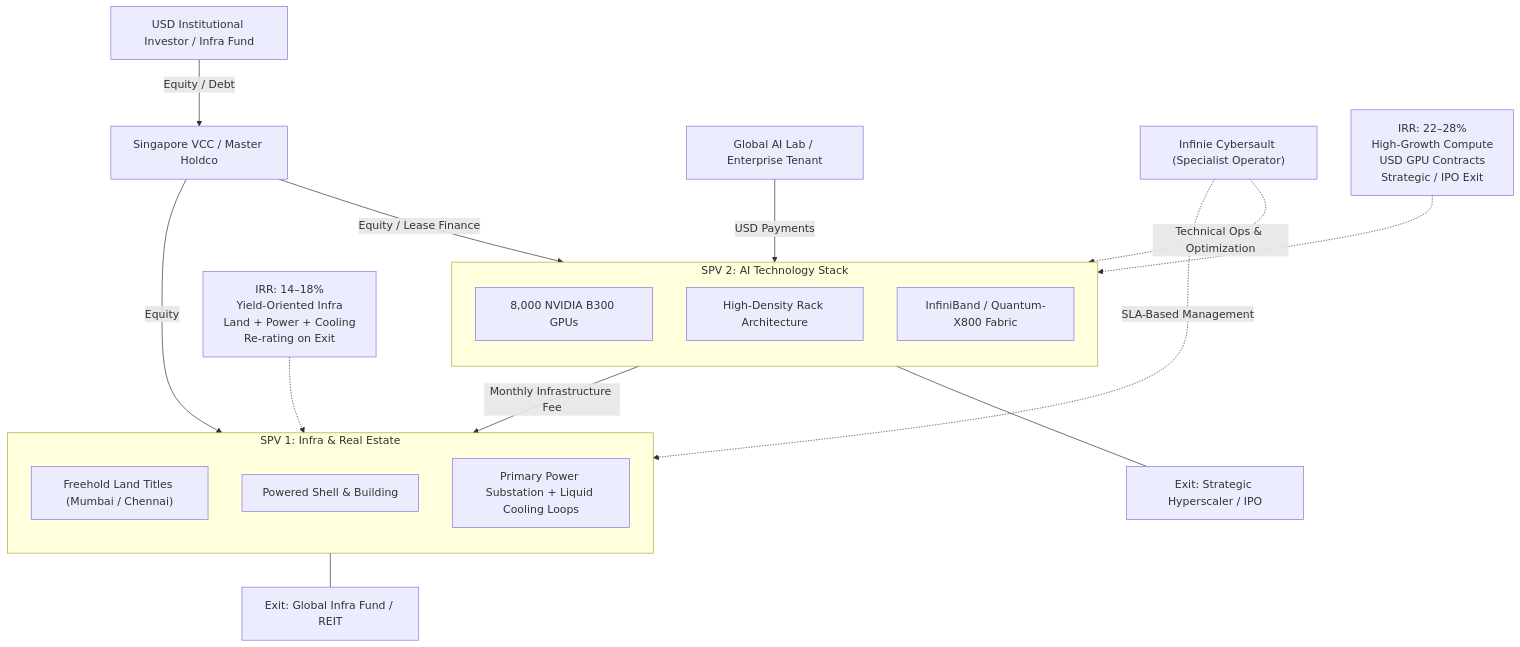
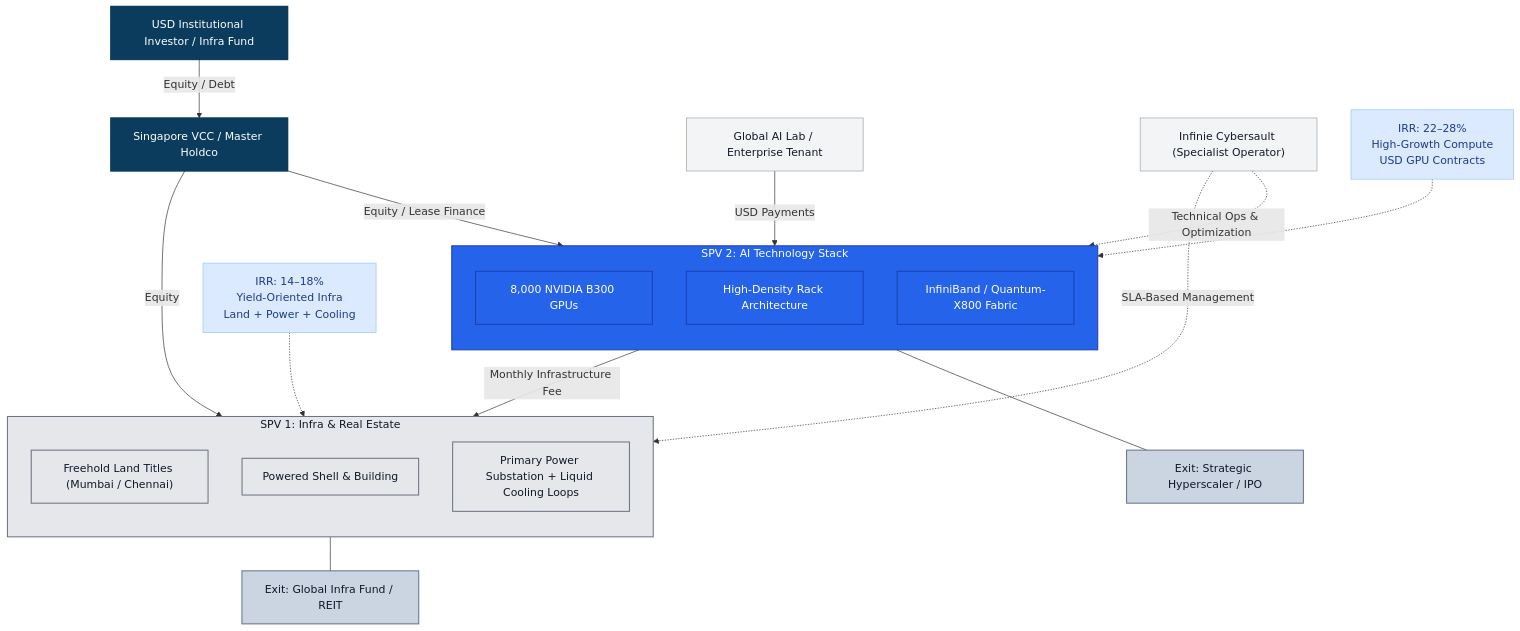
Before and after one commit to Handpant/ai-dc-architecture: the diagram in README.md, drawn with Mermaid.

Commit message:
Update README with additional graph elements and styling

````diff
--- a/README.md
+++ b/README.md
@@ -1,54 +1,72 @@
 ```mermaid
 graph TD
 
 %% Capital Source
 Investor[USD Institutional Investor / Infra Fund]
-Investor -->|Equity / Debt| VCC[Singapore VCC / Master Holdco]
+VCC[Singapore VCC / Master Holdco]
+
+Investor -->|Equity / Debt| VCC
 
 %% SPV 1: Infra & Real Estate
 subgraph SPV_1 [SPV 1: Infra & Real Estate]
     direction TB
     Land["Freehold Land Titles (Mumbai / Chennai)"]
     Shell["Powered Shell & Building"]
     Utility["Primary Power Substation + Liquid Cooling Loops"]
 end
 
 VCC -->|Equity| SPV_1
 
 %% SPV 2: AI Technology Stack
 subgraph SPV_2 [SPV 2: AI Technology Stack]
     direction TB
     GPUs["8,000 NVIDIA B300 GPUs"]
     Servers["High-Density Rack Architecture"]
     Networking["InfiniBand / Quantum-X800 Fabric"]
 end
 
 VCC -->|Equity / Lease Finance| SPV_2
 
 %% Operating Flows
 Tenant["Global AI Lab / Enterprise Tenant"]
 Tenant -->|USD Payments| SPV_2
 SPV_2 -->|Monthly Infrastructure Fee| SPV_1
 
 %% Operator
 Operator["Infinie Cybersault (Specialist Operator)"]
 Operator -.->|SLA-Based Management| SPV_1
 Operator -.->|Technical Ops & Optimization| SPV_2
 
 %% Exit Paths
-SPV_1 --- Exit1["Exit: Global Infra Fund / REIT"]
-SPV_2 --- Exit2["Exit: Strategic Hyperscaler / IPO"]
+Exit1["Exit: Global Infra Fund / REIT"]
+Exit2["Exit: Strategic Hyperscaler / IPO"]
+
+SPV_1 --- Exit1
+SPV_2 --- Exit2
 
 %% IRR Annotations (as nodes – GitHub safe)
 IRR1["IRR: 14–18%
 Yield-Oriented Infra
-Land + Power + Cooling
-Re-rating on Exit"]
+Land + Power + Cooling"]
 IRR2["IRR: 22–28%
 High-Growth Compute
-USD GPU Contracts
-Strategic / IPO Exit"]
+USD GPU Contracts"]
 
 IRR1 -.-> SPV_1
 IRR2 -.-> SPV_2
+
+%% -------- STYLING --------
+classDef capital fill:#0B3C5D,color:#ffffff,stroke:#0B3C5D,stroke-width:2px
+classDef infra fill:#E5E7EB,color:#111827,stroke:#6B7280,stroke-width:1.5px
+classDef compute fill:#2563EB,color:#ffffff,stroke:#1E40AF,stroke-width:1.5px
+classDef annotation fill:#DBEAFE,color:#1E3A8A,stroke:#93C5FD,stroke-width:1px
+classDef neutral fill:#F3F4F6,color:#111827,stroke:#9CA3AF,stroke-width:1px
+classDef exit fill:#CBD5E1,color:#0F172A,stroke:#64748B,stroke-width:1.5px
+
+class Investor,VCC capital
+class SPV_1,Land,Shell,Utility infra
+class SPV_2,GPUs,Servers,Networking compute
+class IRR1,IRR2 annotation
+class Tenant,Operator neutral
+class Exit1,Exit2 exit
 ```
````
